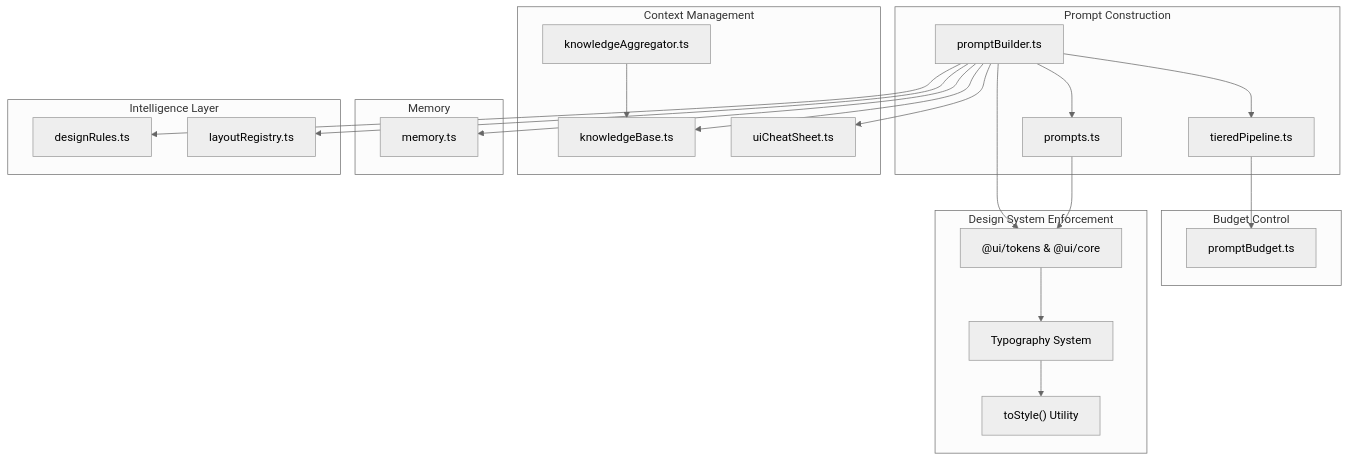
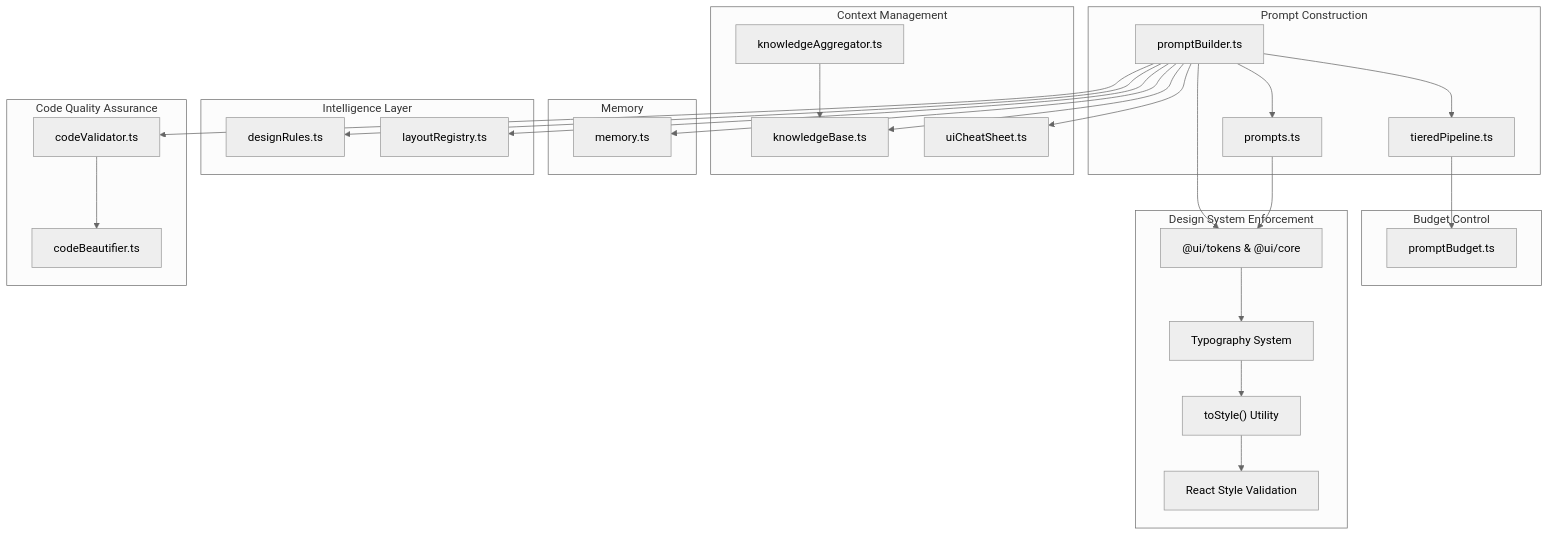
The first of 12 diagrams in .qoder/repowiki/en/content/AI Generation Engine/Core Generation Pipeline/Prompt Engineering & Context Injection.md (shekhargiri005-dotcom/AI-powered-accessibility-first-UI-engine), drawn with Mermaid (neutral theme) before and after one commit. The commit also changed other lines of this file and 8 other files, not shown here.

````diff
--- a/.qoder/repowiki/en/content/AI Generation Engine/Core Generation Pipeline/Prompt Engineering & Context Injection.md
+++ b/.qoder/repowiki/en/content/AI Generation Engine/Core Generation Pipeline/Prompt Engineering & Context Injection.md
@@ -63,40 +67,48 @@
 ```mermaid
 graph TB
 subgraph "Prompt Construction"
 PB["promptBuilder.ts"]
 PT["prompts.ts"]
 TP["tieredPipeline.ts"]
 PB --> PT
 PB --> TP
 end
 subgraph "Context Management"
 KB["knowledgeBase.ts"]
 KA["knowledgeAggregator.ts"]
 CS["uiCheatSheet.ts"]
 PB --> KB
 PB --> CS
 KA --> KB
 end
 subgraph "Memory"
 MEM["memory.ts"]
 PB --> MEM
 end
 subgraph "Budget Control"
 BUDG["promptBudget.ts"]
 TP --> BUDG
 end
 subgraph "Intelligence Layer"
 DR["designRules.ts"]
 LR["layoutRegistry.ts"]
 PB --> DR
 PB --> LR
 end
 subgraph "Design System Enforcement"
 DS["@ui/tokens & @ui/core"]
 TS["Typography System"]
+RV["React Style Validation"]
 PB --> DS
 PT --> DS
 DS --> TS
 TS --> TOSTYLE["toStyle() Utility"]
+TOSTYLE --> RV
+end
+subgraph "Code Quality Assurance"
+CV["codeValidator.ts"]
+CB["codeBeautifier.ts"]
+PB --> CV
+CV --> CB
 end
 ```
````
